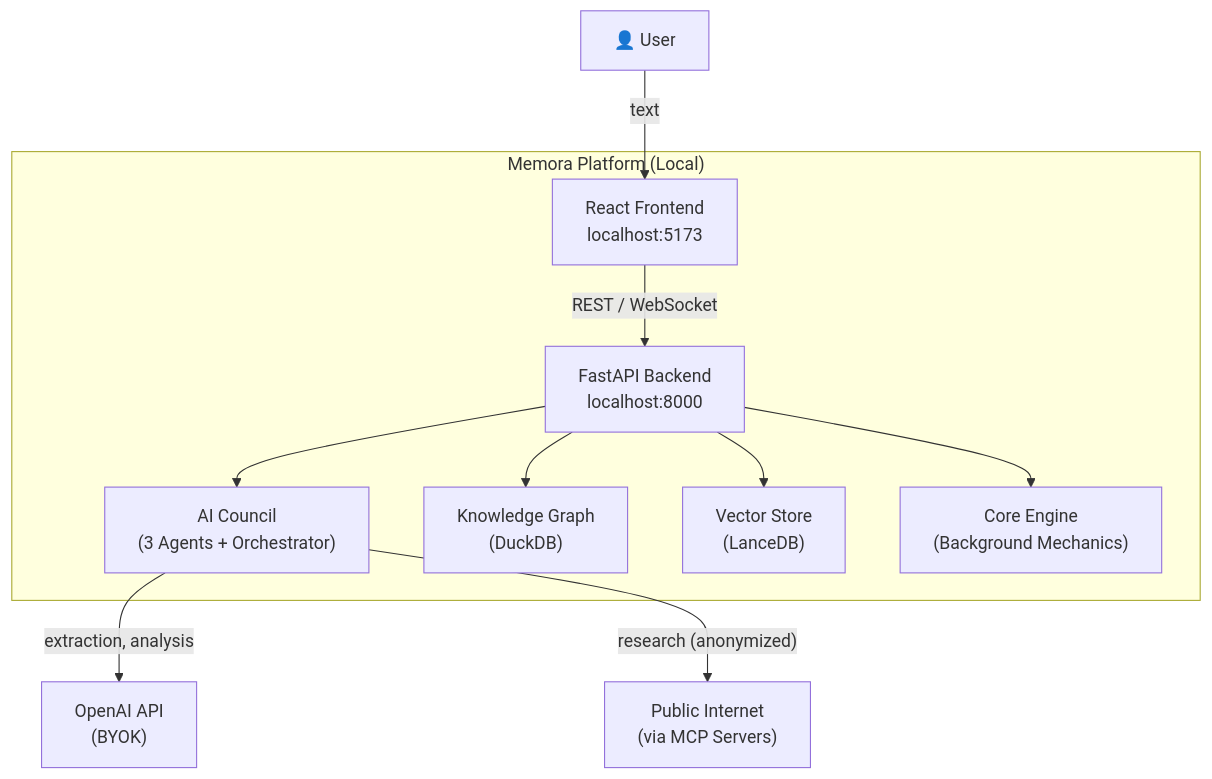
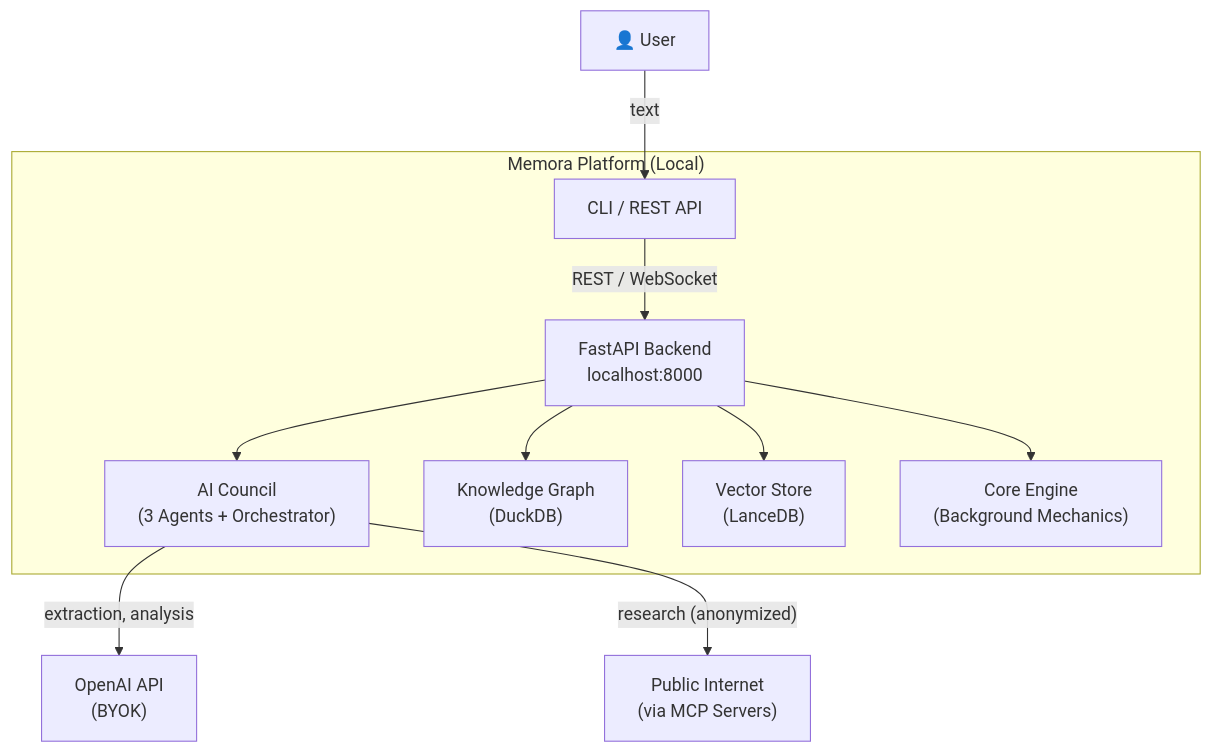
Before and after one commit to dorycui007/Memora: the first of 10 diagrams in ARCHITECTURE.md, drawn with Mermaid. The commit also changed other lines of this file and 79 other files, not shown here.

First line of the commit message:
Remove frontend and refactor to backend-only architecture

````diff
--- a/ARCHITECTURE.md
+++ b/ARCHITECTURE.md
@@ -114,25 +108,25 @@
 ```mermaid
 graph TB
     User["👤 User"]
 
     subgraph Memora["Memora Platform (Local)"]
-        Frontend["React Frontend<br/>localhost:5173"]
+        CLI["CLI / REST API"]
         API["FastAPI Backend<br/>localhost:8000"]
         Agents["AI Council<br/>(3 Agents + Orchestrator)"]
         Graph["Knowledge Graph<br/>(DuckDB)"]
         Vector["Vector Store<br/>(LanceDB)"]
         Engine["Core Engine<br/>(Background Mechanics)"]
     end
 
     OpenAI["OpenAI API<br/>(BYOK)"]
     Internet["Public Internet<br/>(via MCP Servers)"]
 
-    User -->|"text"| Frontend
-    Frontend -->|"REST / WebSocket"| API
+    User -->|"text"| CLI
+    CLI -->|"REST / WebSocket"| API
     API --> Agents
     API --> Graph
     API --> Vector
     API --> Engine
     Agents -->|"extraction, analysis"| OpenAI
     Agents -->|"research (anonymized)"| Internet
 ```
````
